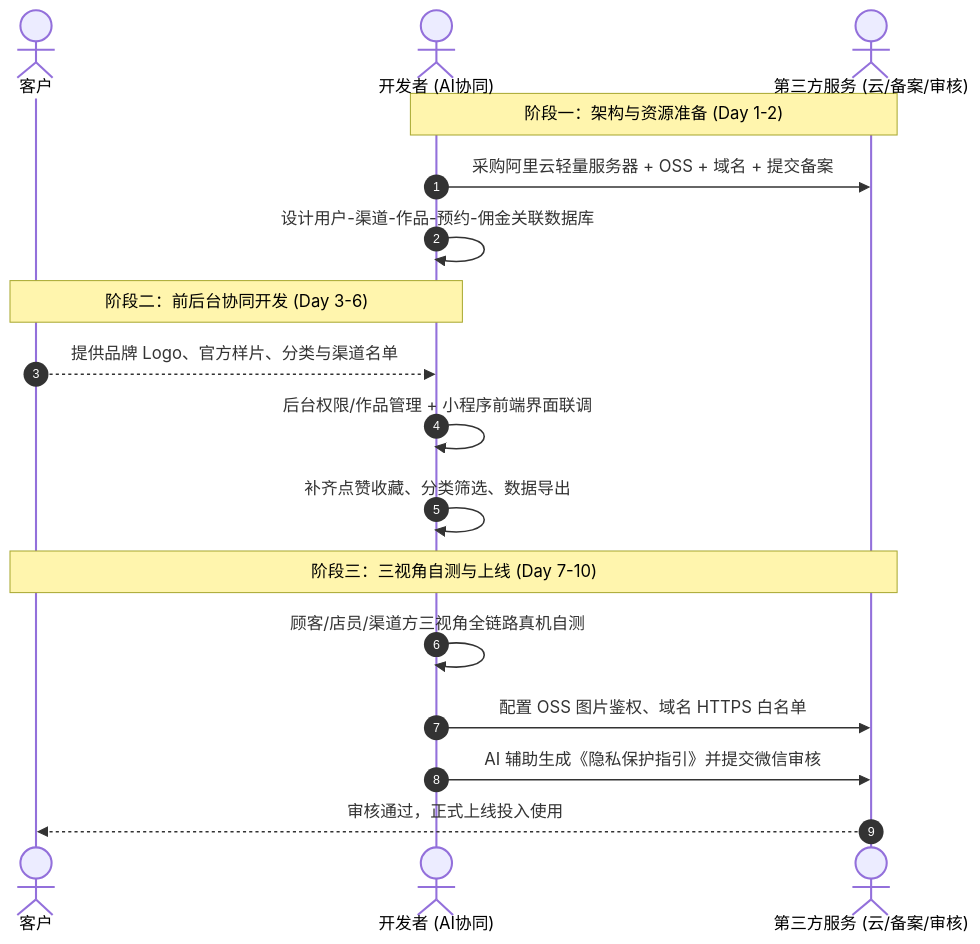
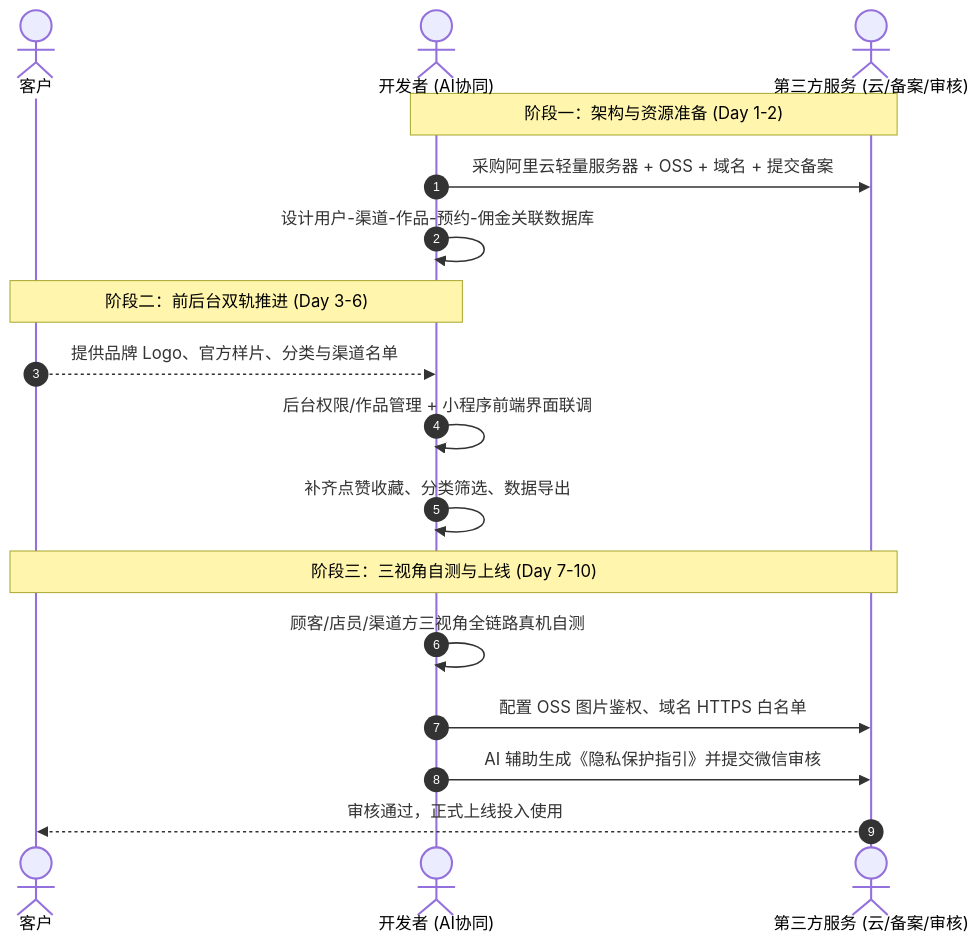
One commit to ponyletter/py310sphinx_knowledge changed the second of 2 diagrams in docs/source/courses/geek_notes_and_ai_dialogues/stage4_business_insights_and_thinking/04_case_allen_miniapp_customization_9k_10days.md. Above: the diagram before and after it, drawn with Mermaid. The commit also changed other lines of this file and 7 other files, not shown here.

````diff
--- a/docs/source/courses/geek_notes_and_ai_dialogues/stage4_business_insights_and_thinking/04_case_allen_miniapp_customization_9k_10days.md
+++ b/docs/source/courses/geek_notes_and_ai_dialogues/stage4_business_insights_and_thinking/04_case_allen_miniapp_customization_9k_10days.md
@@ -45,22 +53,22 @@
-```mermaid
+```{mermaid}
 sequenceDiagram
     autonumber
     actor 客户
     actor 开发者 as 开发者 (AI协同)
     actor 第三方 as 第三方服务 (云/备案/审核)
 
     Note over 开发者,第三方: 阶段一：架构与资源准备 (Day 1-2)
     开发者->>第三方: 采购阿里云轻量服务器 + OSS + 域名 + 提交备案
     开发者->>开发者: 设计用户-渠道-作品-预约-佣金关联数据库
 
-    Note over 客户,开发者: 阶段二：前后台协同开发 (Day 3-6)
+    Note over 客户,开发者: 阶段二：前后台双轨推进 (Day 3-6)
     客户-->>开发者: 提供品牌 Logo、官方样片、分类与渠道名单
     开发者->>开发者: 后台权限/作品管理 + 小程序前端界面联调
     开发者->>开发者: 补齐点赞收藏、分类筛选、数据导出
 
     Note over 客户,第三方: 阶段三：三视角自测与上线 (Day 7-10)
     开发者->>开发者: 顾客/店员/渠道方三视角全链路真机自测
     开发者->>第三方: 配置 OSS 图片鉴权、域名 HTTPS 白名单
     开发者->>第三方: AI 辅助生成《隐私保护指引》并提交微信审核
     第三方-->>客户: 审核通过，正式上线投入使用
 ```
````
